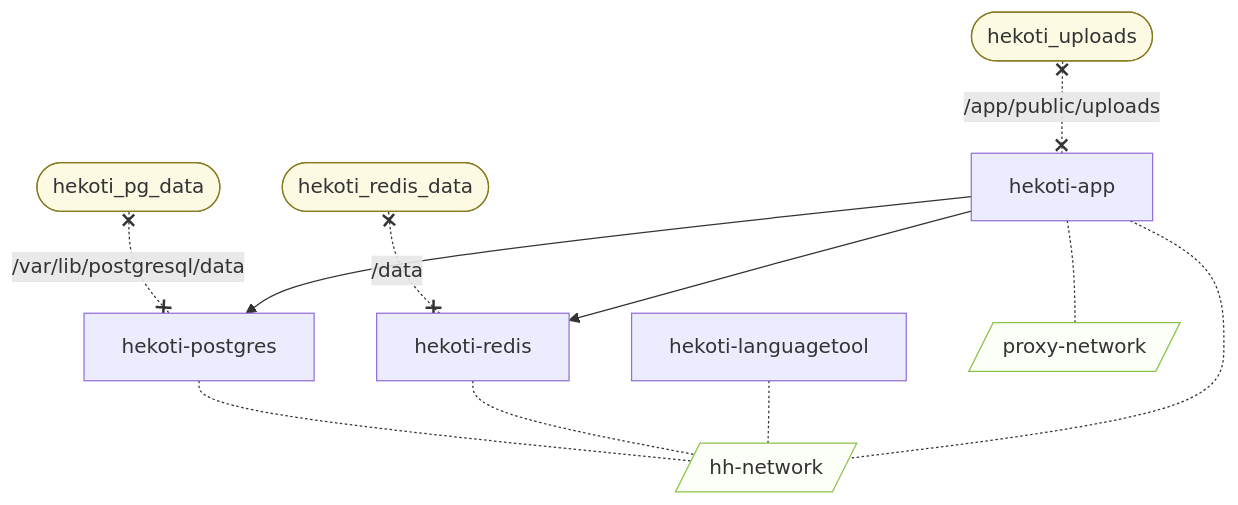
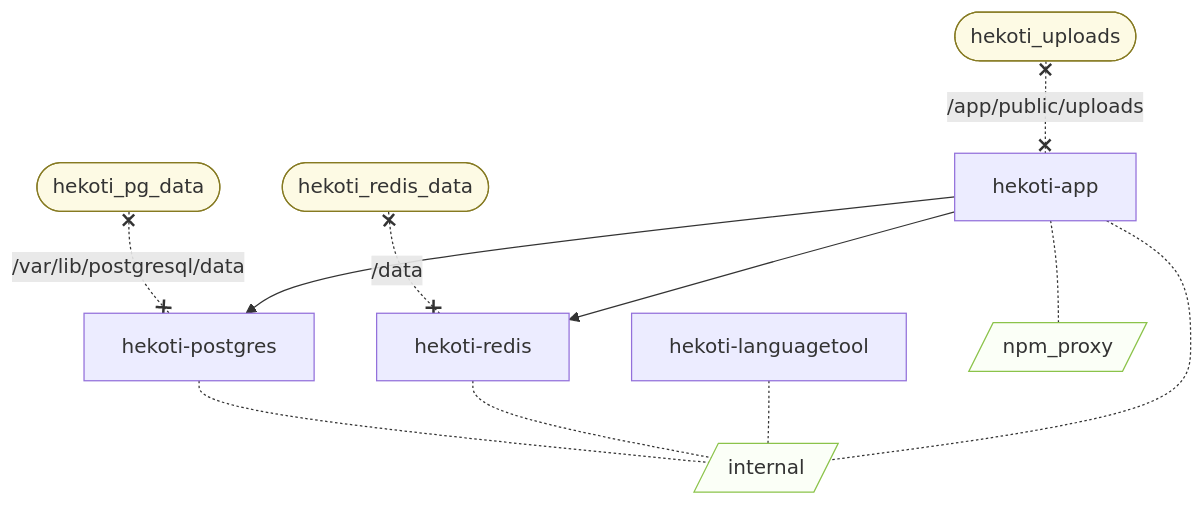
Before and after one commit to hehestl/HeKoti: the diagram in README.md, drawn with Mermaid.

Commit message:
docs: refresh Docker Compose Mermaid diagram

````diff
--- a/README.md
+++ b/README.md
@@ -24,19 +24,19 @@
 ```mermaid
 %%{init: {'theme': 'default'}}%%
 flowchart TB
   Vhekotipgdata([hekoti_pg_data]) x-. /var/lib/postgresql/data .-x hekotipostgres[hekoti-postgres]
   Vhekotiredisdata([hekoti_redis_data]) x-. /data .-x hekotiredis[hekoti-redis]
   Vhekotiuploads([hekoti_uploads]) x-. /app/public/uploads .-x hekotiapp[hekoti-app]
   hekotiapp --> hekotipostgres
   hekotiapp --> hekotiredis
-  hekotipostgres -.- hhnetwork[/hh-network/]
-  hekotiredis -.- hhnetwork
-  hekotilanguagetool[hekoti-languagetool] -.- hhnetwork
-  hekotiapp -.- hhnetwork
-  hekotiapp -.- proxynetwork[/proxy-network/]
+  hekotipostgres -.- internal[/internal/]
+  hekotiredis -.- internal
+  hekotilanguagetool[hekoti-languagetool] -.- internal
+  hekotiapp -.- internal
+  hekotiapp -.- npmproxy[/npm_proxy/]
 
   classDef volumes fill:#fdfae4,stroke:#867a22
   class Vhekotipgdata,Vhekotiredisdata,Vhekotiuploads volumes
   classDef nets fill:#fbfff7,stroke:#8bc34a
-  class hhnetwork,proxynetwork nets
+  class internal,npmproxy nets
 ```
````
